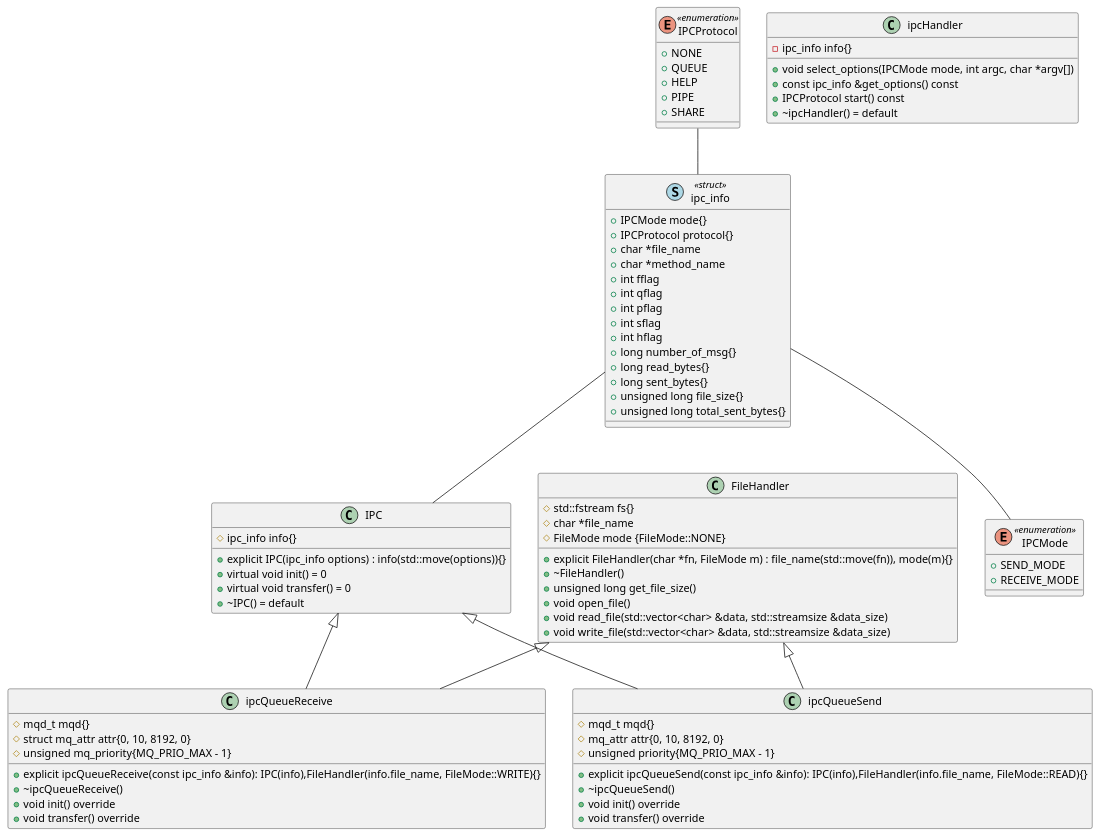
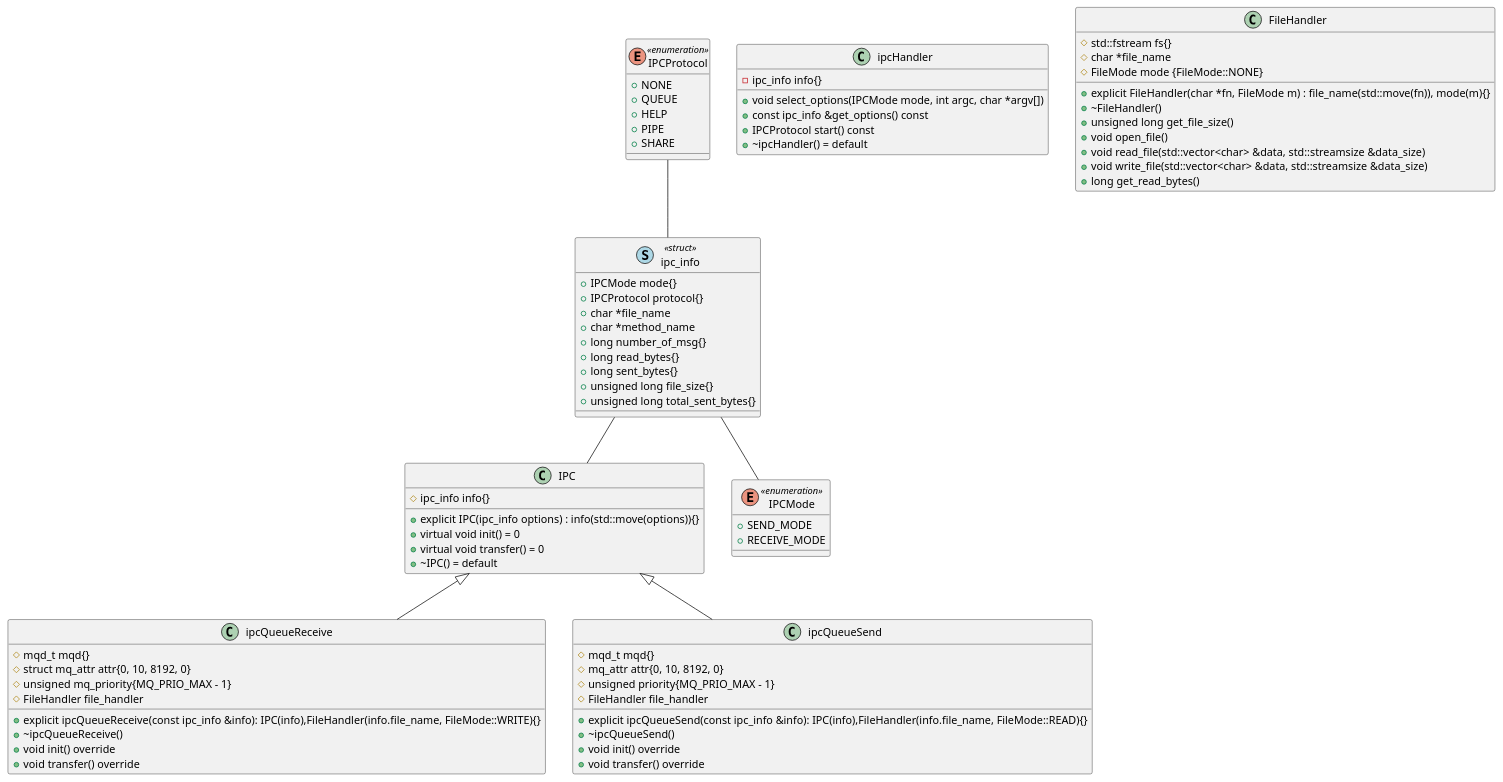
Before and after one commit to giangle-unikie/complex-copy-cpp: the diagram in Cpp_test/uml/diagram.puml, drawn with PlantUML. The commit also changed 4 other files, not shown here.

Commit message:
Modified UML diagram

```diff
--- a/Cpp_test/uml/diagram.puml
+++ b/Cpp_test/uml/diagram.puml
@@ -1,110 +1,106 @@
 @startuml
 class IPC
 {
 	# ipc_info info{}
 	
 	+ explicit IPC(ipc_info options) : info(std::move(options)){}
 	+ virtual void init() = 0
 	+ virtual void transfer() = 0
     + ~IPC() = default
 }
 
 class ipcHandler
 {
 	- ipc_info info{}
 
 	+ void select_options(IPCMode mode, int argc, char *argv[])
 	+ const ipc_info &get_options() const
 	+ IPCProtocol start() const
     +  ~ipcHandler() = default
 }
 
 class FileHandler
 {
 	# std::fstream fs{}
 	# char *file_name
 	# FileMode mode {FileMode::NONE}
 
 	+ explicit FileHandler(char *fn, FileMode m) : file_name(std::move(fn)), mode(m){}
 	+ ~FileHandler()
 	+ unsigned long get_file_size()
 	+ void open_file()
 	+ void read_file(std::vector<char> &data, std::streamsize &data_size)
 	+ void write_file(std::vector<char> &data, std::streamsize &data_size)
+	+ long get_read_bytes()
 }
 
 class ipcQueueReceive
 {
     # mqd_t mqd{}
     # struct mq_attr attr{0, 10, 8192, 0}
     # unsigned mq_priority{MQ_PRIO_MAX - 1}
+	# FileHandler file_handler
 
 	+ explicit ipcQueueReceive(const ipc_info &info): IPC(info),FileHandler(info.file_name, FileMode::WRITE){}
 	+ ~ipcQueueReceive()
 	+ void init() override
 	+ void transfer() override
 }
 
 class ipcQueueSend
 {
 	# mqd_t mqd{}
 	# mq_attr attr{0, 10, 8192, 0}
 	# unsigned priority{MQ_PRIO_MAX - 1}
+	# FileHandler file_handler
 
 	+ explicit ipcQueueSend(const ipc_info &info): IPC(info),FileHandler(info.file_name, FileMode::READ){}
 	+ ~ipcQueueSend()
 	+ void init() override
 	+ void transfer() override
 }
 
 
 enum IPCProtocol<<enumeration>>
 {
 	+ NONE
 	+ QUEUE
 	+ HELP
 	+ PIPE
     + SHARE
 }
 
 enum IPCMode<<enumeration>>
 {
 	+ SEND_MODE
 	+ RECEIVE_MODE
 }
 
 class ipc_info << (S,lightblue) struct>>
 {
 	+ IPCMode mode{}
 	+ IPCProtocol protocol{}
 	+ char *file_name
 	+ char *method_name
-	+ int fflag
-    + int qflag
-    + int pflag
-    + int sflag
-    + int hflag
 }
 
 class ipc_info << (S,lightblue) struct>>
 {
 	+ long number_of_msg{}
 	+ long read_bytes{}
 	+ long sent_bytes{}
 	+ unsigned long file_size{}
 	+ unsigned long total_sent_bytes{}
 }
 
 
 
 
 IPC <|-- ipcQueueSend
-FileHandler <|-- ipcQueueSend
 IPC <|-- ipcQueueReceive
-FileHandler <|-- ipcQueueReceive
 
 IPCProtocol -- ipc_info
 ipc_info -- IPC
 ipc_info -- IPCMode
 
 @enduml
```
